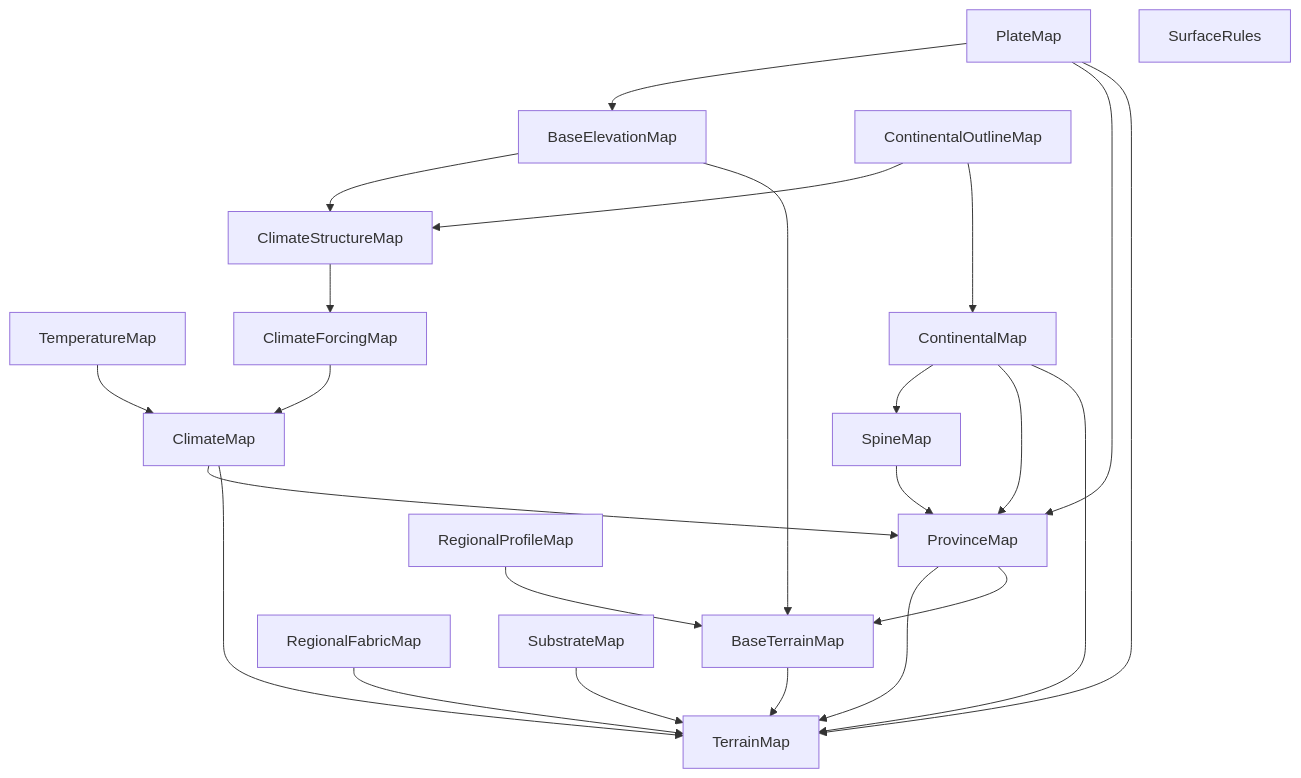
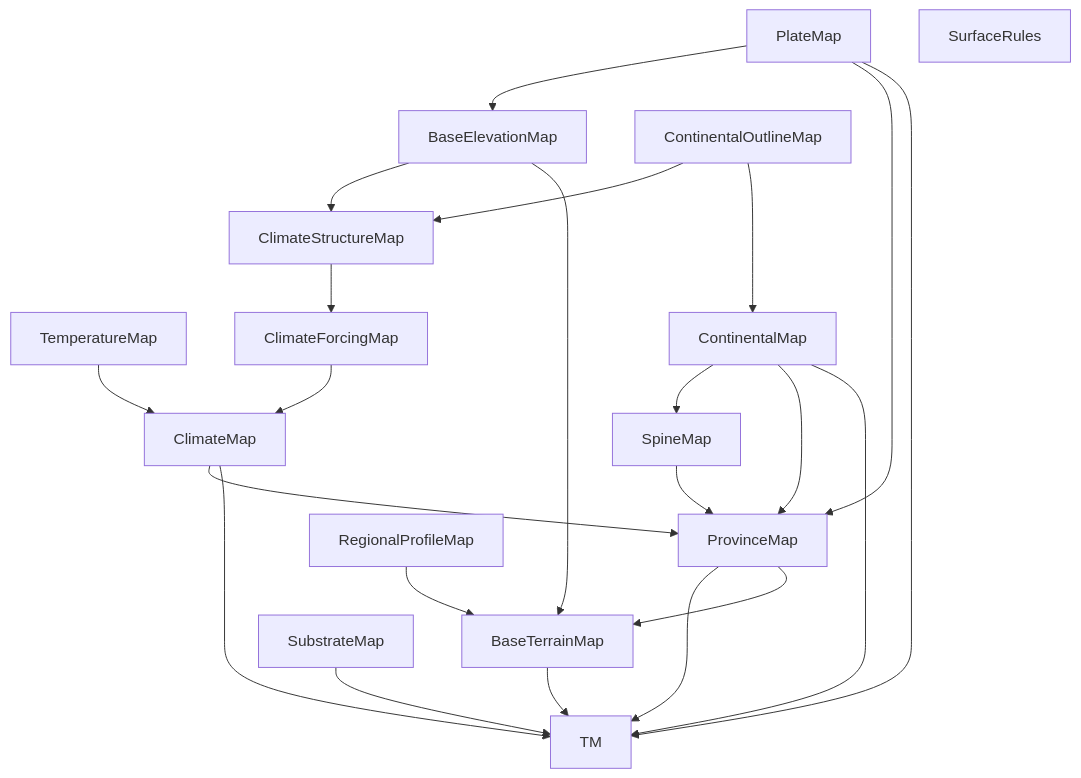
One commit to orthrus-research/Riven changed the first of 2 diagrams in docs/ARCHITECTURE.md. Above: the diagram before and after it, drawn with Mermaid. The commit also changed other lines of this file and 42 other files, not shown here.

````diff
--- a/docs/ARCHITECTURE.md
+++ b/docs/ARCHITECTURE.md
@@ -81,26 +81,25 @@
 ```mermaid
 flowchart TD
   T[TemperatureMap] --> C[ClimateMap]
   P[PlateMap] --> BE[BaseElevationMap]
   O[ContinentalOutlineMap] --> CS[ClimateStructureMap]
   BE --> CS
   CS --> CF[ClimateForcingMap]
   CF --> C
   O --> CM[ContinentalMap]
   P --> PR[ProvinceMap]
   CM --> SP[SpineMap]
   SP --> PR
   CM --> PR
   C --> PR
   PR --> TM
   PR --> BT
   RP[RegionalProfileMap] --> BT[BaseTerrainMap]
   BE --> BT
-  F[RegionalFabricMap] --> TM[TerrainMap]
   S[SubstrateMap] --> TM
   C --> TM
   CM --> TM
   BT --> TM
   P --> TM
   SR[SurfaceRules]
 ```
````
